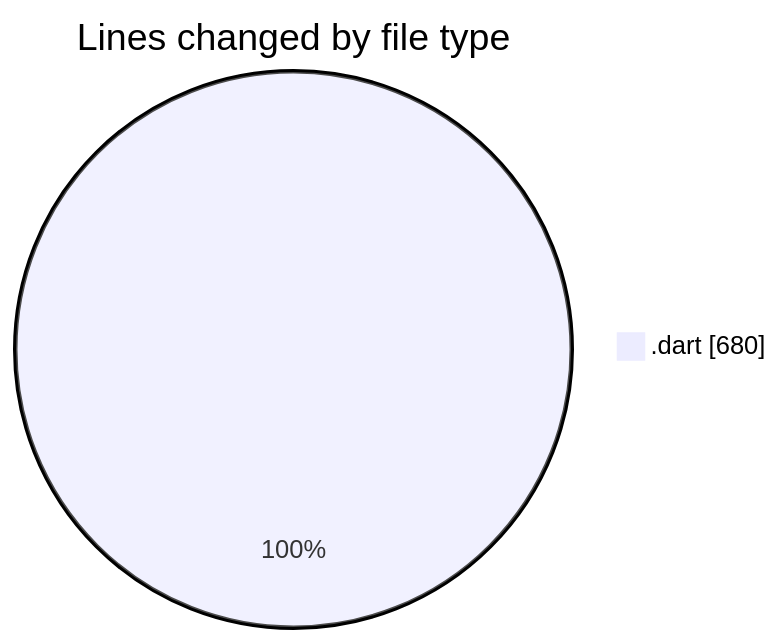
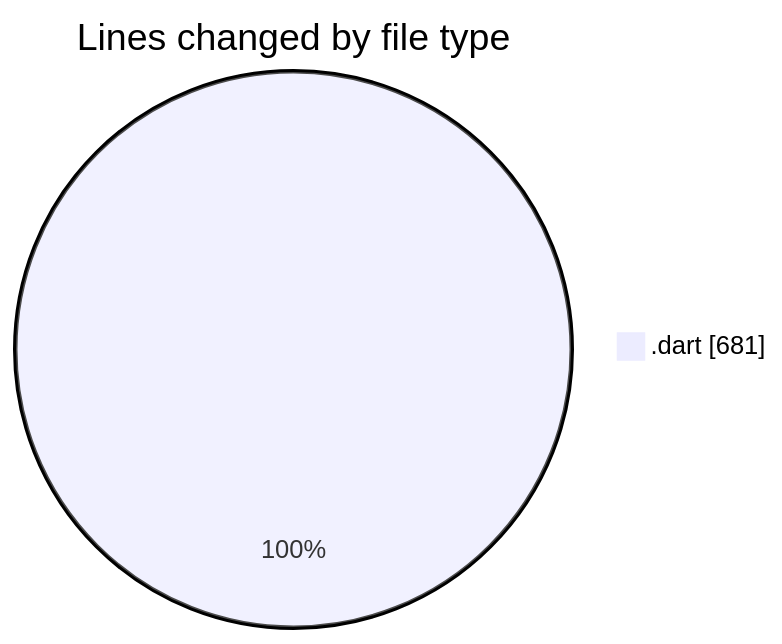
One commit to donsfak/code-tracking changed the first of 2 diagrams in 2025-01-13/trackers_app/README.md. Above: the diagram before and after it, drawn with Mermaid. The commit also changed other lines of this file and 1 other file, not shown here.

````diff
--- a/2025-01-13/trackers_app/README.md
+++ b/2025-01-13/trackers_app/README.md
@@ -24,5 +24,5 @@
 ```mermaid
 pie showData
 title Lines changed by file type
-".dart" : 680
+".dart" : 681
 ```
````
